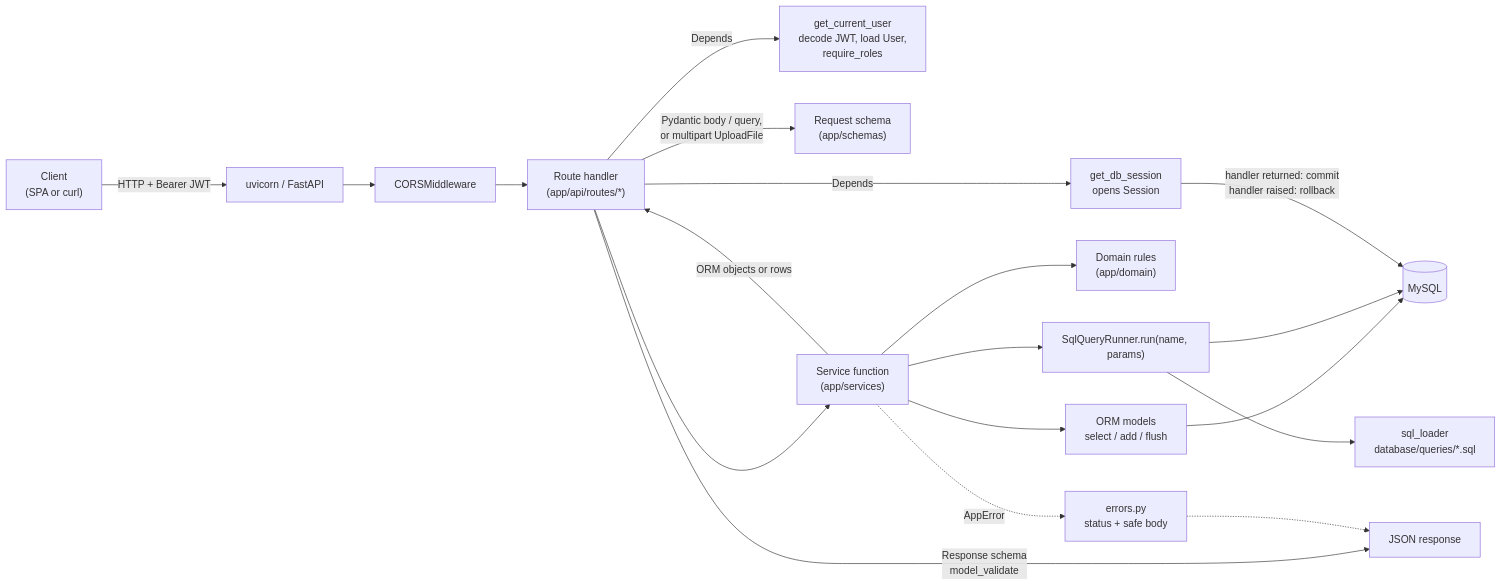
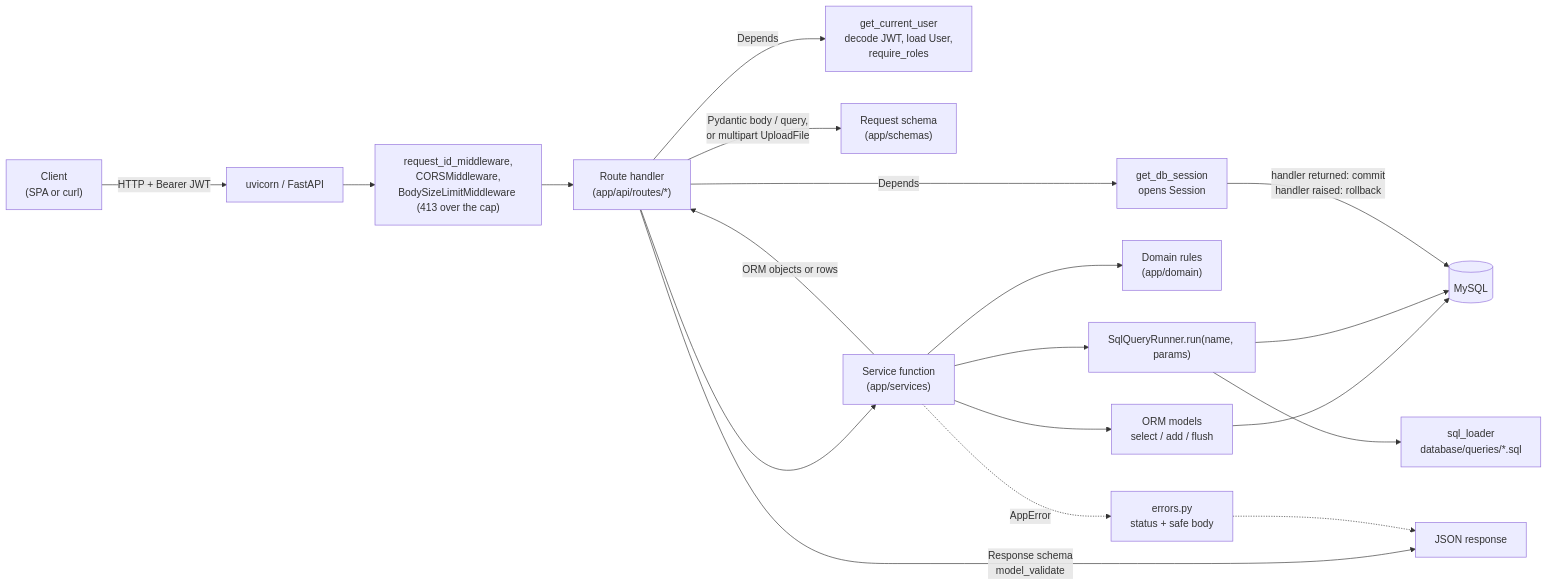
Before and after one commit to shritej6/factory-sherlock: the second of 3 diagrams in docs/architecture/component-design.md, drawn with Mermaid. The commit also changed other lines of this file and 7 other files, not shown here.

First line of the commit message:
docs(architecture,requirements): catch up with the review fixes

````diff
--- a/docs/architecture/component-design.md
+++ b/docs/architecture/component-design.md
@@ -250,21 +252,21 @@
 ```mermaid
 flowchart LR
     Client["Client<br/>(SPA or curl)"] -->|"HTTP + Bearer JWT"| Uvicorn["uvicorn / FastAPI"]
-    Uvicorn --> CORS["CORSMiddleware"]
+    Uvicorn --> CORS["request_id_middleware,<br/>CORSMiddleware,<br/>BodySizeLimitMiddleware (413 over the cap)"]
     CORS --> Route["Route handler<br/>(app/api/routes/*)"]
     Route -->|"Depends"| Session["get_db_session<br/>opens Session"]
     Route -->|"Depends"| Auth["get_current_user<br/>decode JWT, load User,<br/>require_roles"]
     Route -->|"Pydantic body / query,<br/>or multipart UploadFile"| Schema["Request schema<br/>(app/schemas)"]
     Route --> Service["Service function<br/>(app/services)"]
     Service --> Domain["Domain rules<br/>(app/domain)"]
     Service --> ORM["ORM models<br/>select / add / flush"]
     Service --> Runner["SqlQueryRunner.run(name, params)"]
     Runner --> Loader["sql_loader<br/>database/queries/*.sql"]
     ORM --> MySQL[("MySQL")]
     Runner --> MySQL
     Service -->|"ORM objects or rows"| Route
     Route -->|"Response schema<br/>model_validate"| JSON["JSON response"]
     Session -->|"handler returned: commit<br/>handler raised: rollback"| MySQL
     Service -.->|"AppError"| Errors["errors.py<br/>status + safe body"]
     Errors -.-> JSON
 ```
````
